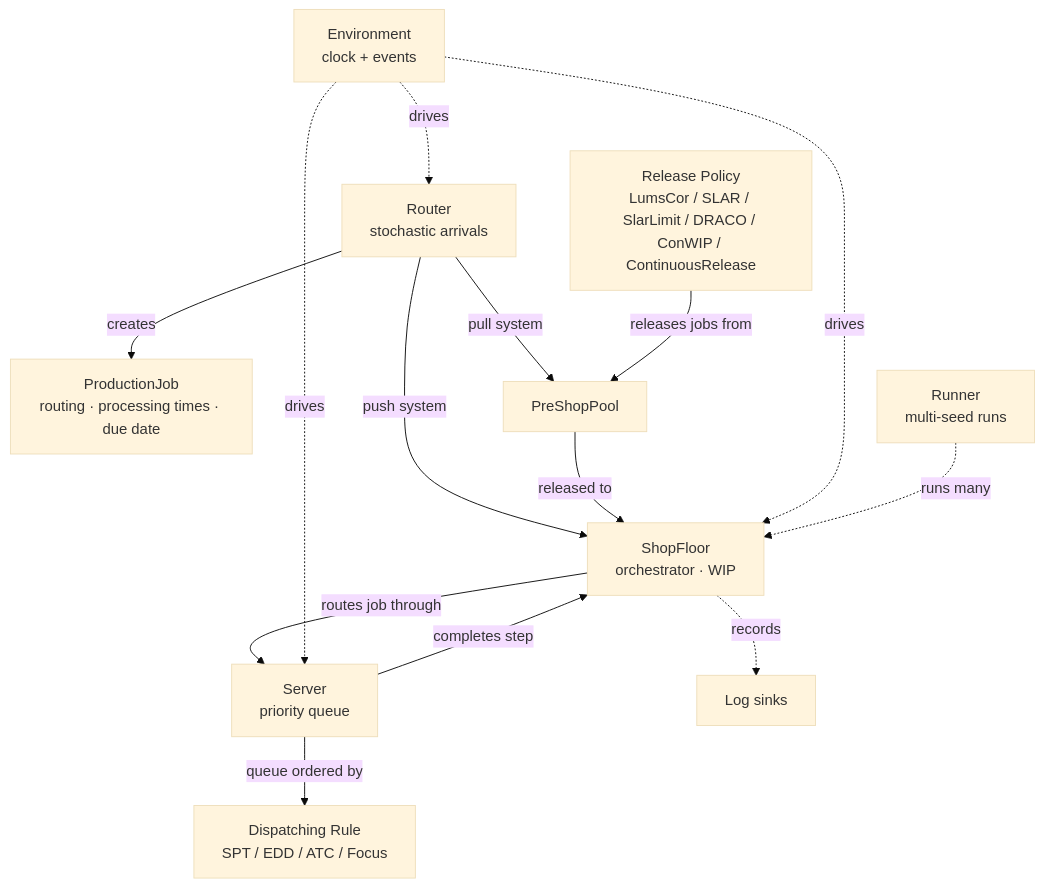
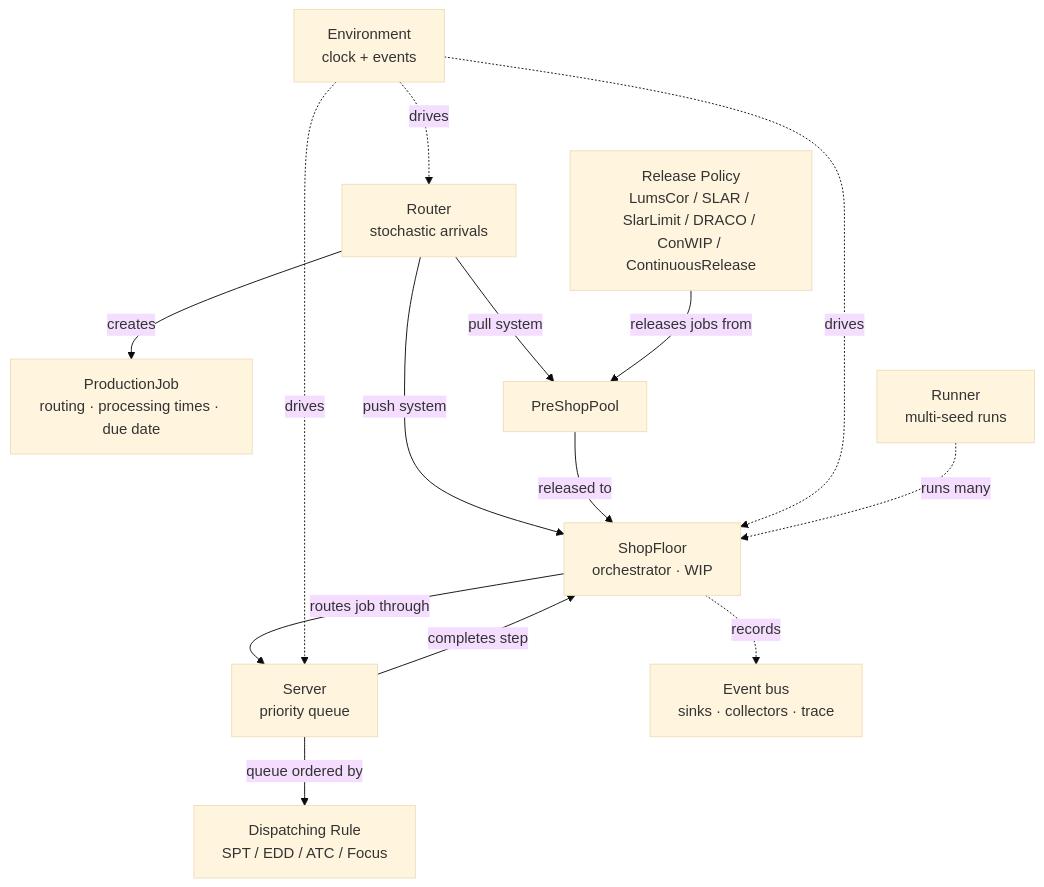
Before and after one commit to dmezzogori/simulatte: the first of 2 diagrams in docs/introduction/architecture.md, drawn with Mermaid (base theme). The commit also changed other lines of this file and 18 other files, not shown here.

````diff
--- a/docs/introduction/architecture.md
+++ b/docs/introduction/architecture.md
@@ -9,27 +9,27 @@
 ```mermaid
 graph TD
     Env["Environment<br/>clock + events"]
     Router["Router<br/>stochastic arrivals"]
     Job["ProductionJob<br/>routing · processing times · due date"]
     PSP["PreShopPool"]
     RP["Release Policy<br/>LumsCor / SLAR / SlarLimit / DRACO / ConWIP / ContinuousRelease"]
     SF["ShopFloor<br/>orchestrator · WIP"]
     S["Server<br/>priority queue"]
     DR["Dispatching Rule<br/>SPT / EDD / ATC / Focus"]
     Runner["Runner<br/>multi-seed runs"]
-    Log["Log sinks"]
+    Log["Event bus<br/>sinks · collectors · trace"]
 
     Router -->|creates| Job
     Router -->|pull system| PSP
     Router -->|push system| SF
     RP -->|releases jobs from| PSP
     PSP -->|released to| SF
     SF -->|routes job through| S
     S -->|queue ordered by| DR
     S -->|completes step| SF
     Env -.drives.-> Router
     Env -.drives.-> SF
     Env -.drives.-> S
     SF -.records.-> Log
     Runner -.runs many.-> SF
 ```
````
